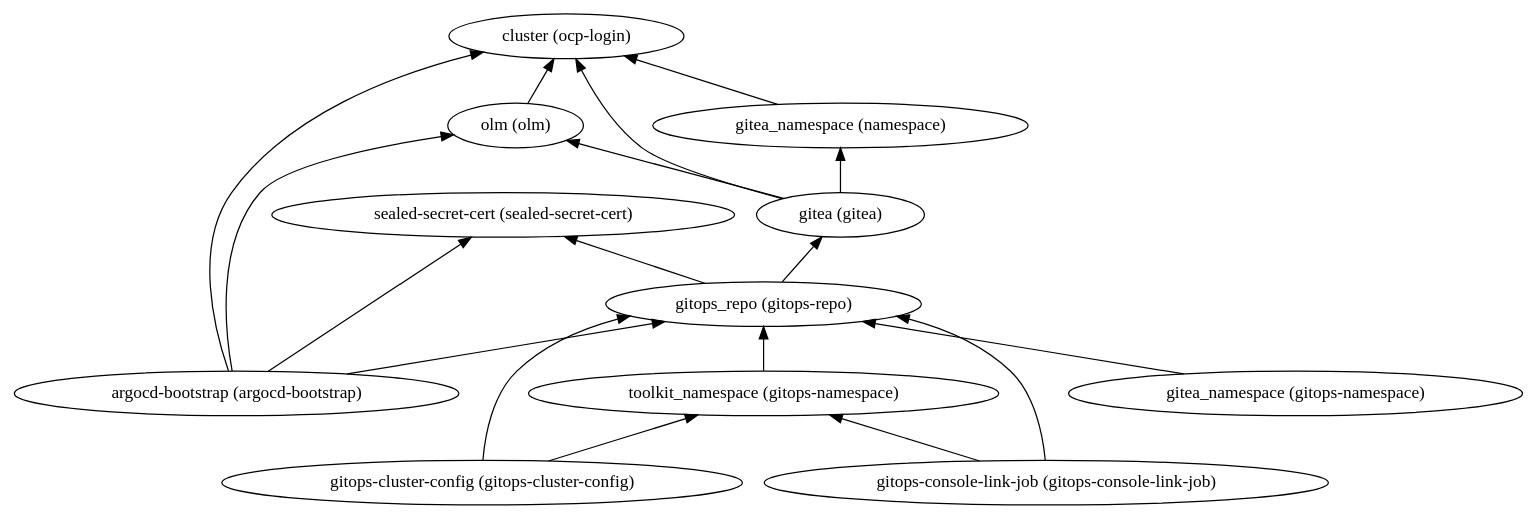
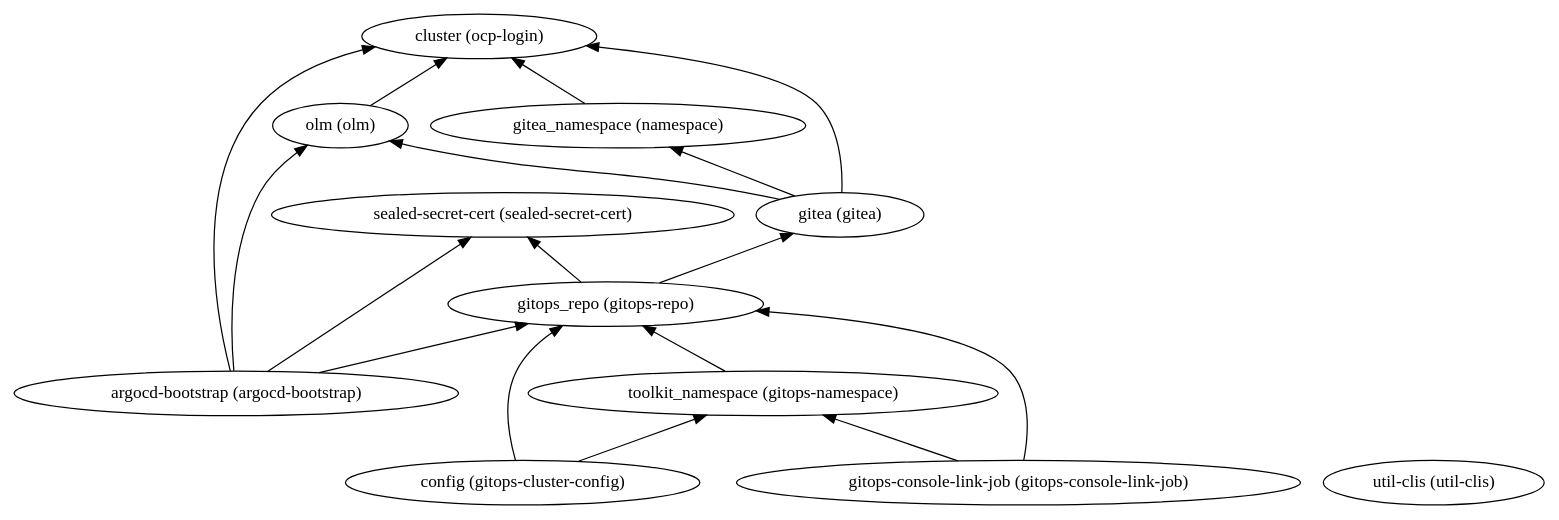
One commit to IBM/automation-maximo-app-suite changed the diagram in 200-openshift-gitops/dependencies.dot. Above: the diagram before and after it, drawn with Graphviz. The commit also changed 254 other files, not shown here.

```diff
--- a/200-openshift-gitops/dependencies.dot
+++ b/200-openshift-gitops/dependencies.dot
@@ -1,31 +1,30 @@
 digraph {
     rankdir="BT"
-    "gitea (gitea)" -> "cluster (ocp-login)"
+    "gitea_namespace (namespace)" -> "cluster (ocp-login)"
+"gitea_namespace (namespace)"
+"cluster (ocp-login)"
+"gitea (gitea)" -> "cluster (ocp-login)"
 "gitea (gitea)" -> "olm (olm)"
 "gitea (gitea)" -> "gitea_namespace (namespace)"
 "gitea (gitea)"
-"cluster (ocp-login)"
 "olm (olm)" -> "cluster (ocp-login)"
 "olm (olm)"
-"gitea_namespace (namespace)" -> "cluster (ocp-login)"
-"gitea_namespace (namespace)"
-"gitops-cluster-config (gitops-cluster-config)" -> "gitops_repo (gitops-repo)"
-"gitops-cluster-config (gitops-cluster-config)" -> "toolkit_namespace (gitops-namespace)"
-"gitops-cluster-config (gitops-cluster-config)"
+"config (gitops-cluster-config)" -> "gitops_repo (gitops-repo)"
+"config (gitops-cluster-config)" -> "toolkit_namespace (gitops-namespace)"
+"config (gitops-cluster-config)"
 "gitops_repo (gitops-repo)" -> "sealed-secret-cert (sealed-secret-cert)"
 "gitops_repo (gitops-repo)" -> "gitea (gitea)"
 "gitops_repo (gitops-repo)"
 "sealed-secret-cert (sealed-secret-cert)"
 "toolkit_namespace (gitops-namespace)" -> "gitops_repo (gitops-repo)"
 "toolkit_namespace (gitops-namespace)"
 "gitops-console-link-job (gitops-console-link-job)" -> "gitops_repo (gitops-repo)"
 "gitops-console-link-job (gitops-console-link-job)" -> "toolkit_namespace (gitops-namespace)"
 "gitops-console-link-job (gitops-console-link-job)"
-"gitea_namespace (gitops-namespace)" -> "gitops_repo (gitops-repo)"
-"gitea_namespace (gitops-namespace)"
 "argocd-bootstrap (argocd-bootstrap)" -> "cluster (ocp-login)"
 "argocd-bootstrap (argocd-bootstrap)" -> "olm (olm)"
 "argocd-bootstrap (argocd-bootstrap)" -> "gitops_repo (gitops-repo)"
 "argocd-bootstrap (argocd-bootstrap)" -> "sealed-secret-cert (sealed-secret-cert)"
 "argocd-bootstrap (argocd-bootstrap)"
+"util-clis (util-clis)"
   }
```
